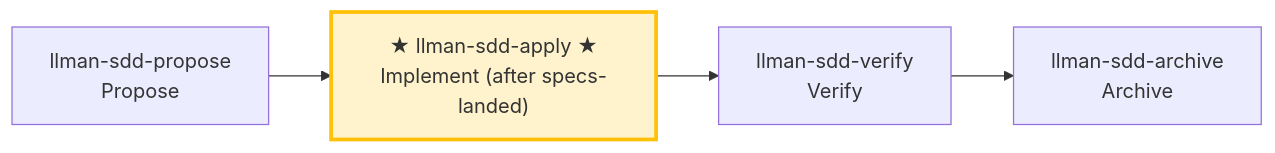
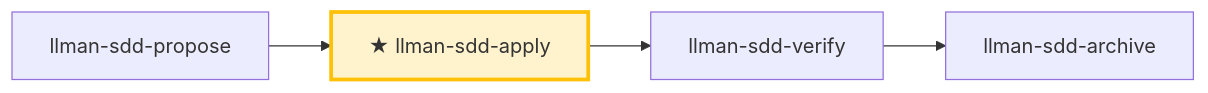
One commit to StrayDragon/llman-sdd changed the diagram in packages/core/templates/en/skills/llman-sdd-apply.md. Above: the diagram before and after it, drawn with Mermaid. The commit also changed other lines of this file and 77 other files, not shown here.

````diff
--- a/packages/core/templates/en/skills/llman-sdd-apply.md
+++ b/packages/core/templates/en/skills/llman-sdd-apply.md
@@ -20,9 +16,8 @@
 ```mermaid
 flowchart LR
-    propose["llman-sdd-propose<br/>Propose"] --> apply
-    apply["★ llman-sdd-apply ★<br/>Implement (after specs-landed)"]
-    apply --> verify["llman-sdd-verify<br/>Verify"]
-    verify --> archive["llman-sdd-archive<br/>Archive"]
+    propose["llman-sdd-propose"] --> apply["★ llman-sdd-apply"]
+    apply --> verify["llman-sdd-verify"]
+    verify --> archive["llman-sdd-archive"]
 
     style apply fill:#fff3cd,stroke:#ffc107,stroke-width:3px
 ```
````
